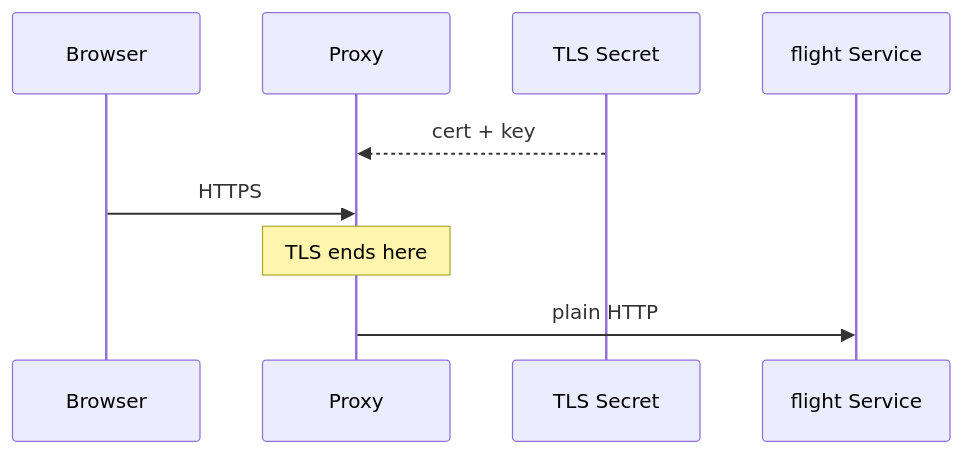
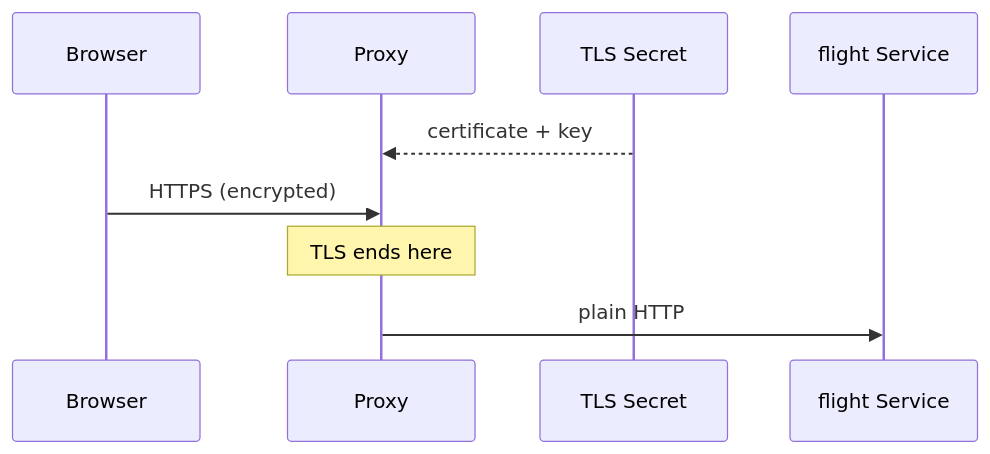
Before and after one commit to darshan-raul/apollo11-docs: the second of 2 diagrams in docs/learn/networking/ingress-and-tls.md, drawn with Mermaid. The commit also changed other lines of this file and 55 other files, not shown here.

````diff
--- a/docs/learn/networking/ingress-and-tls.md
+++ b/docs/learn/networking/ingress-and-tls.md
@@ -37,11 +46,11 @@
 ```mermaid
 sequenceDiagram
   participant B as Browser
   participant P as Proxy
   participant S as TLS Secret
   participant F as flight Service
-  S-->>P: cert + key
-  B->>P: HTTPS
+  S-->>P: certificate + key
+  B->>P: HTTPS (encrypted)
   Note over P: TLS ends here
   P->>F: plain HTTP
 ```
````
